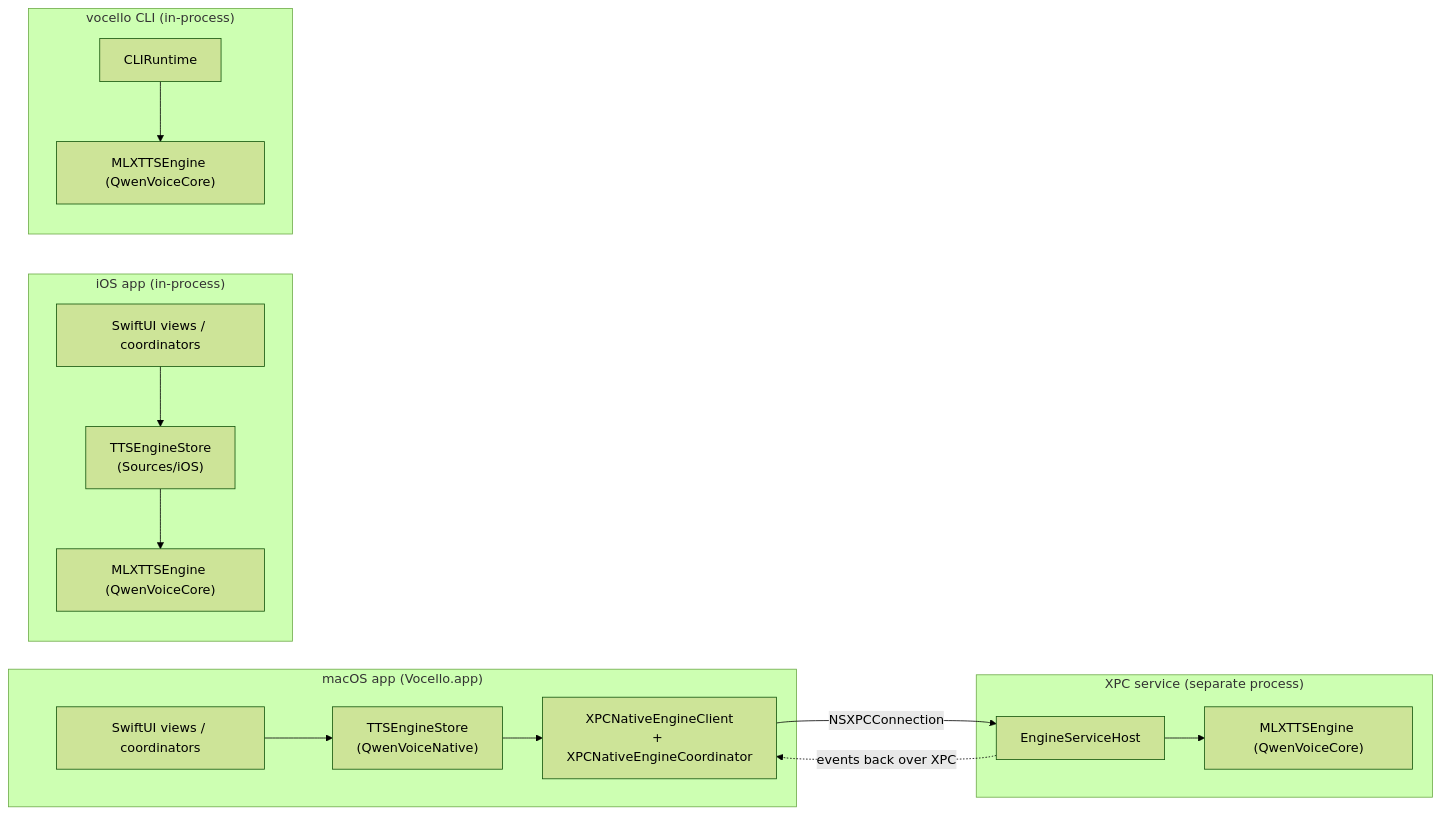
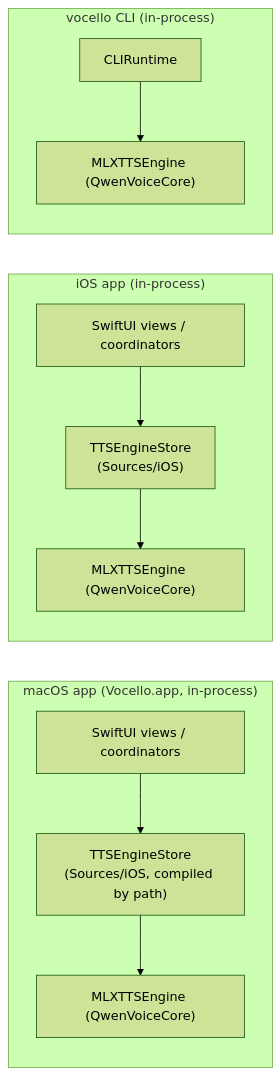
Before and after one commit to PowerBeef/Vocello: the second of 5 diagrams in docs/ARCHITECTURE.md, drawn with Mermaid (forest theme). The commit also changed other lines of this file and 104 other files, not shown here.

````diff
--- a/docs/ARCHITECTURE.md
+++ b/docs/ARCHITECTURE.md
@@ -225,26 +209,21 @@
 ```mermaid
 flowchart LR
-    subgraph macOS["macOS app (Vocello.app)"]
+    subgraph macOS["macOS app (Vocello.app, in-process)"]
         MacUI["SwiftUI views / coordinators"]
-        MacStore["TTSEngineStore<br/>(QwenVoiceNative)"]
-        MacClient["XPCNativeEngineClient<br/>+ XPCNativeEngineCoordinator"]
-    end
-    subgraph XPC["XPC service (separate process)"]
-        Host["EngineServiceHost"]
+        MacStore["TTSEngineStore<br/>(Sources/iOS, compiled by path)"]
         Core1["MLXTTSEngine (QwenVoiceCore)"]
     end
     subgraph iOS["iOS app (in-process)"]
         IOSUI["SwiftUI views / coordinators"]
         IOSStore["TTSEngineStore<br/>(Sources/iOS)"]
         Core2["MLXTTSEngine (QwenVoiceCore)"]
     end
     subgraph CLI["vocello CLI (in-process)"]
         CLIRuntime["CLIRuntime"]
         Core3["MLXTTSEngine (QwenVoiceCore)"]
     end
 
-    MacUI --> MacStore --> MacClient -->|"NSXPCConnection"| Host --> Core1
-    Host -.->|"events back over XPC"| MacClient
+    MacUI --> MacStore --> Core1
     IOSUI --> IOSStore --> Core2
     CLIRuntime --> Core3
 ```
````
